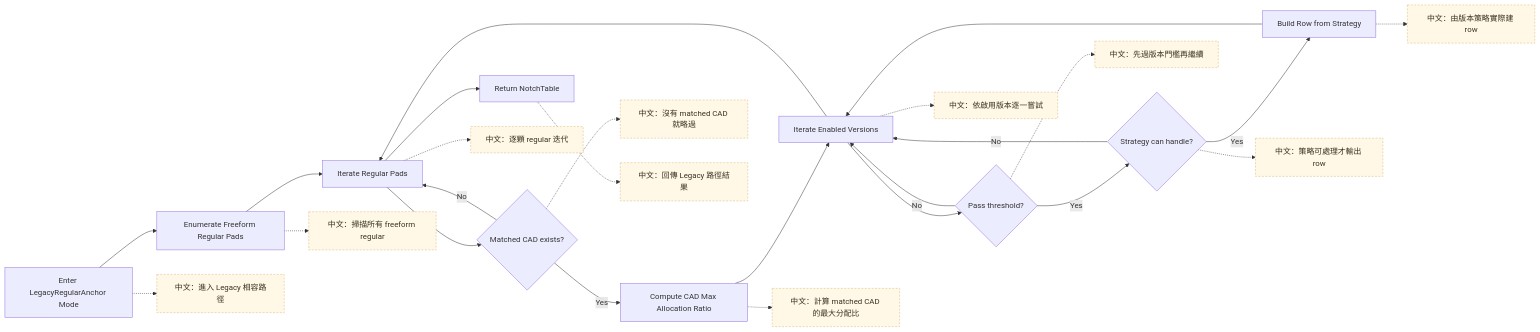
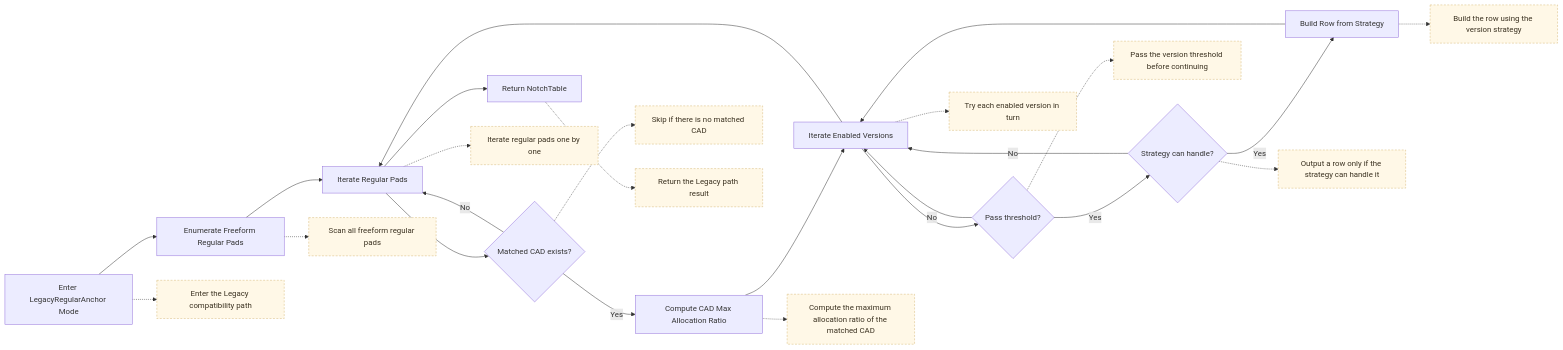
One commit to Dennis40816/nvt-freeform-helper changed the third of 5 diagrams in docs/core/notch-v21-v22-flow.md. Above: the diagram before and after it, drawn with Mermaid. The commit also changed other lines of this file and 34 other files, not shown here.

````diff
--- a/docs/core/notch-v21-v22-flow.md
+++ b/docs/core/notch-v21-v22-flow.md
@@ -312,41 +312,41 @@
 ```mermaid
 flowchart LR
     A["Enter LegacyRegularAnchor Mode"] --> B["Enumerate Freeform Regular Pads"]
     B --> C["Iterate Regular Pads"]
     C --> D{"Matched CAD exists?"}
     D -- "No" --> C
     D -- "Yes" --> E["Compute CAD Max Allocation Ratio"]
     E --> F["Iterate Enabled Versions"]
     F --> G{"Pass threshold?"}
     G -- "No" --> F
     G -- "Yes" --> H{"Strategy can handle?"}
     H -- "No" --> F
     H -- "Yes" --> I["Build Row from Strategy"]
     I --> F
     F --> C
     C --> J["Return NotchTable"]
 
-    A_CN["中文：進入 Legacy 相容路徑"]:::note
-    B_CN["中文：掃描所有 freeform regular"]:::note
-    C_CN["中文：逐顆 regular 迭代"]:::note
-    D_CN["中文：沒有 matched CAD 就略過"]:::note
-    E_CN["中文：計算 matched CAD 的最大分配比"]:::note
-    F_CN["中文：依啟用版本逐一嘗試"]:::note
-    G_CN["中文：先過版本門檻再繼續"]:::note
-    H_CN["中文：策略可處理才輸出 row"]:::note
-    I_CN["中文：由版本策略實際建 row"]:::note
-    J_CN["中文：回傳 Legacy 路徑結果"]:::note
+    A_CN["Enter the Legacy compatibility path"]:::note
+    B_CN["Scan all freeform regular pads"]:::note
+    C_CN["Iterate regular pads one by one"]:::note
+    D_CN["Skip if there is no matched CAD"]:::note
+    E_CN["Compute the maximum allocation ratio of the matched CAD"]:::note
+    F_CN["Try each enabled version in turn"]:::note
+    G_CN["Pass the version threshold before continuing"]:::note
+    H_CN["Output a row only if the strategy can handle it"]:::note
+    I_CN["Build the row using the version strategy"]:::note
+    J_CN["Return the Legacy path result"]:::note
 
     A -.-> A_CN
     B -.-> B_CN
     C -.-> C_CN
     D -.-> D_CN
     E -.-> E_CN
     F -.-> F_CN
     G -.-> G_CN
     H -.-> H_CN
     I -.-> I_CN
     J -.-> J_CN
 
     classDef note fill:#FFF8E7,stroke:#D6B874,color:#3A3120,stroke-dasharray: 4 3;
 ```
````
